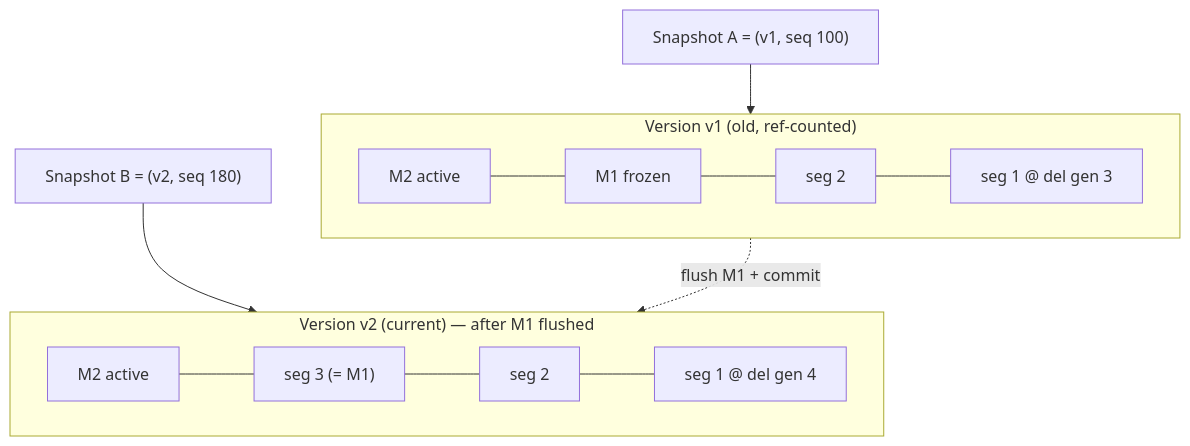
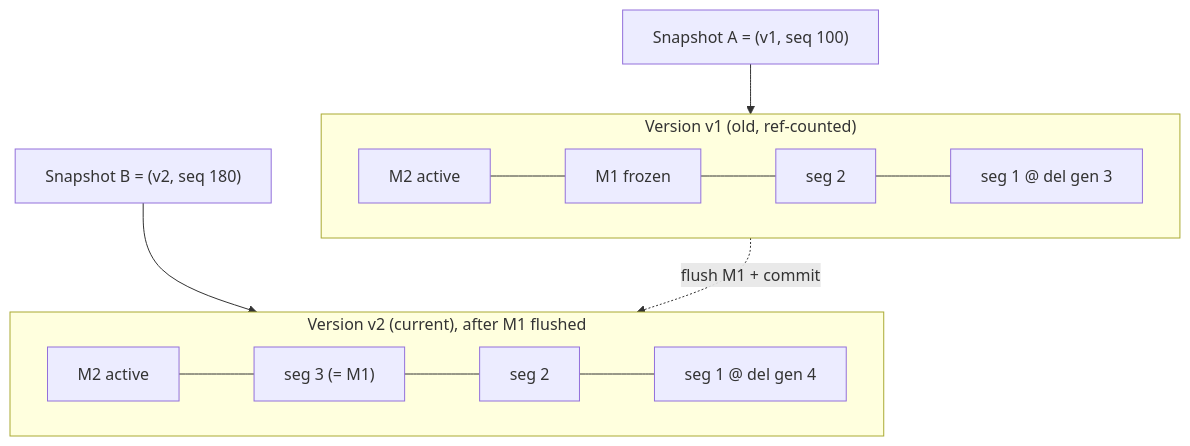
Before and after one commit to paganini2008/kookaburra: the seventh of 17 diagrams in docs/design.md, drawn with Mermaid. The commit also changed other lines of this file and 138 other files, not shown here.

````diff
--- a/docs/design.md
+++ b/docs/design.md
@@ -399,14 +452,14 @@
 ```mermaid
 flowchart TB
     subgraph V1["Version v1 (old, ref-counted)"]
         direction LR
         A1["M2 active"] --- F1["M1 frozen"] --- S2a["seg 2"] --- S1a["seg 1 @ del gen 3"]
     end
-    subgraph V2["Version v2 (current) — after M1 flushed"]
+    subgraph V2["Version v2 (current), after M1 flushed"]
         direction LR
         A2["M2 active"] --- S3["seg 3 (= M1)"] --- S2b["seg 2"] --- S1b["seg 1 @ del gen 4"]
     end
     SN1["Snapshot A = (v1, seq 100)"] --> V1
     SN2["Snapshot B = (v2, seq 180)"] --> V2
     V1 -. "flush M1 + commit" .-> V2
 ```
````
